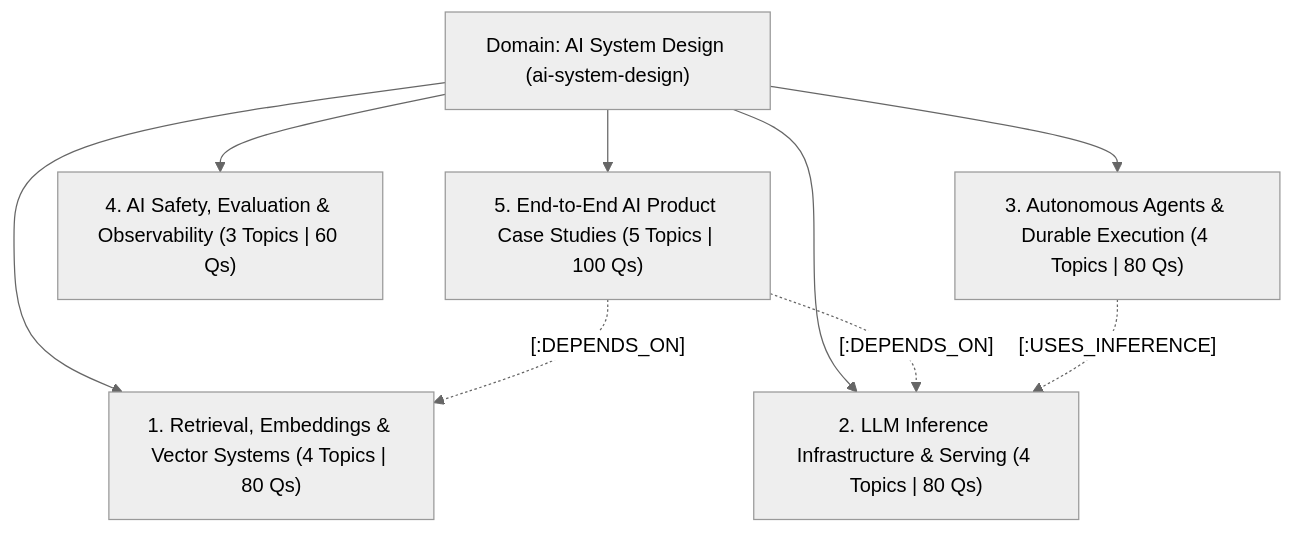
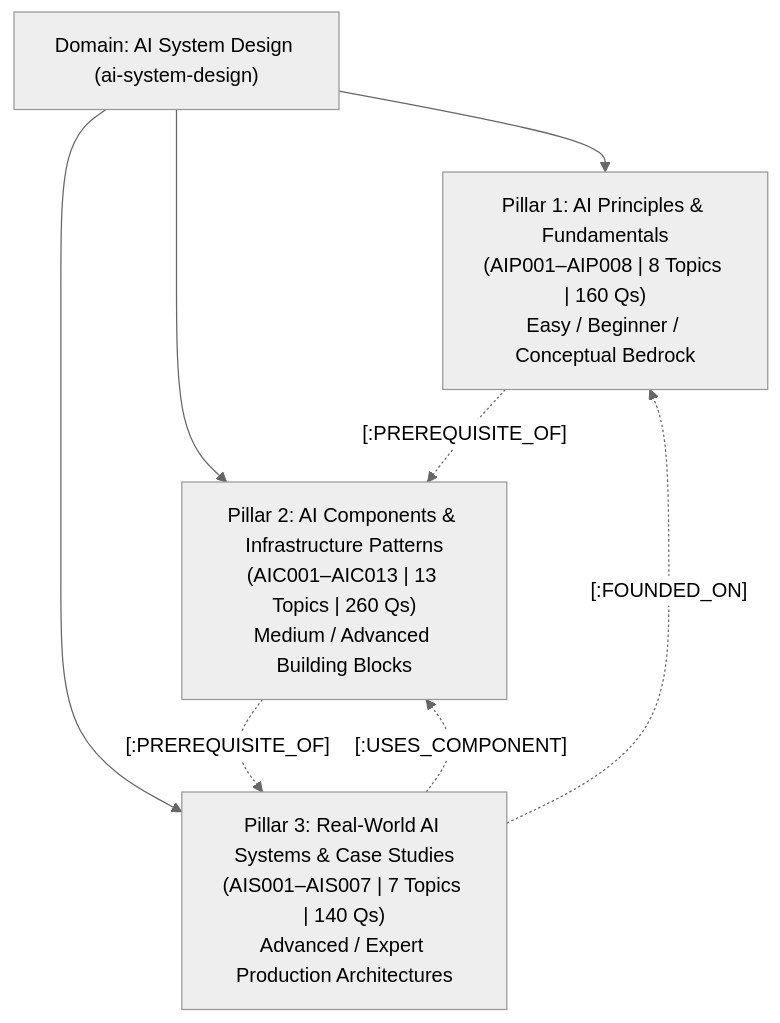
The diagram in docs/domains/ai-system-design.md (imsauravsingh/prepinminutes-backend), drawn with Mermaid (neutral theme) before and after one commit. The commit also changed other lines of this file and 12 other files, not shown here.

````diff
--- a/docs/domains/ai-system-design.md
+++ b/docs/domains/ai-system-design.md
@@ -20,20 +28,17 @@
 ```mermaid
 flowchart TD
     DOMAIN["Domain: AI System Design (ai-system-design)"]
 
-    C1["1. Retrieval, Embeddings & Vector Systems (4 Topics | 80 Qs)"]
-    C2["2. LLM Inference Infrastructure & Serving (4 Topics | 80 Qs)"]
-    C3["3. Autonomous Agents & Durable Execution (4 Topics | 80 Qs)"]
-    C4["4. AI Safety, Evaluation & Observability (3 Topics | 60 Qs)"]
-    C5["5. End-to-End AI Product Case Studies (5 Topics | 100 Qs)"]
+    P1["Pillar 1: AI Principles & Fundamentals<br/>(AIP001–AIP008 | 8 Topics | 160 Qs)<br/>Easy / Beginner / Conceptual Bedrock"]
+    P2["Pillar 2: AI Components & Infrastructure Patterns<br/>(AIC001–AIC013 | 13 Topics | 260 Qs)<br/>Medium / Advanced Building Blocks"]
+    P3["Pillar 3: Real-World AI Systems & Case Studies<br/>(AIS001–AIS007 | 7 Topics | 140 Qs)<br/>Advanced / Expert Production Architectures"]
 
-    DOMAIN --> C1
-    DOMAIN --> C2
-    DOMAIN --> C3
-    DOMAIN --> C4
-    DOMAIN --> C5
+    DOMAIN --> P1
+    DOMAIN --> P2
+    DOMAIN --> P3
 
-    C5 -.->|"[:DEPENDS_ON]"| C2
-    C5 -.->|"[:DEPENDS_ON]"| C1
-    C3 -.->|"[:USES_INFERENCE]"| C2
+    P3 -.->|"[:USES_COMPONENT]"| P2
+    P3 -.->|"[:FOUNDED_ON]"| P1
+    P1 -.->|"[:PREREQUISITE_OF]"| P2
+    P2 -.->|"[:PREREQUISITE_OF]"| P3
 ```
````
